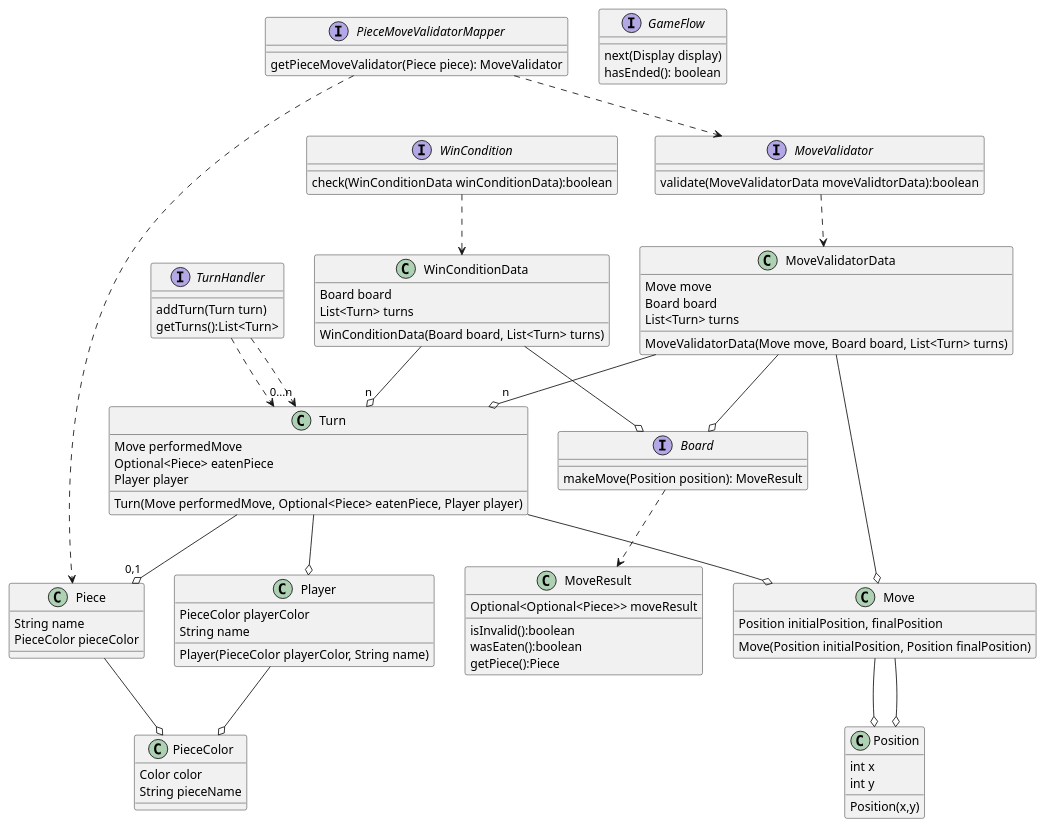
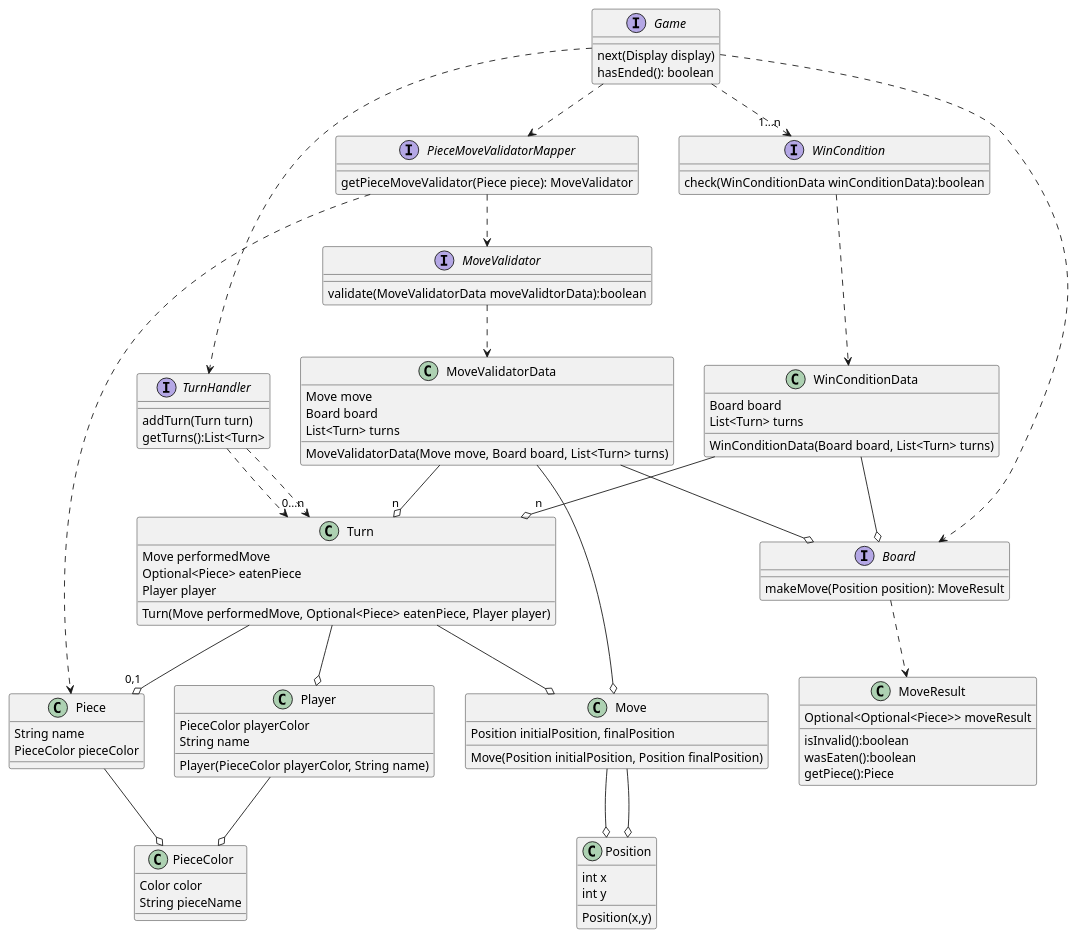
The diagram in chess.puml (jalopbauer/chess), drawn with PlantUML before and after one commit.

Commit message:
Kept Working

```diff
--- a/chess.puml
+++ b/chess.puml
@@ -1,106 +1,111 @@
 @startuml Chess
 
 class Position
 Position : int x
 Position : int y
 ' Methods
 Position : Position(x,y)
 
 class Move
 Move : Position initialPosition, finalPosition
 ' Methods
 Move : Move(Position initialPosition, Position finalPosition)
 ' Relationships
 Move --o Position
 Move --o Position
 
 class MoveValidatorData
 MoveValidatorData : Move move
 MoveValidatorData : Board board
 MoveValidatorData : List<Turn> turns
 ' Methods
 MoveValidatorData : MoveValidatorData(Move move, Board board, List<Turn> turns)
 ' Relationships
 MoveValidatorData --o Move
 MoveValidatorData --o Board
 MoveValidatorData --o "n" Turn
 
 class WinConditionData
 WinConditionData : Board board
 WinConditionData : List<Turn> turns
 ' Methods
 WinConditionData : WinConditionData(Board board, List<Turn> turns)
 ' Relationships
 WinConditionData --o Board
 WinConditionData --o "n" Turn
 
 class Turn
 Turn : Move performedMove
 Turn : Optional<Piece> eatenPiece
 Turn : Player player
 ' Methods
 Turn : Turn(Move performedMove, Optional<Piece> eatenPiece, Player player)
 ' Relationships
 Turn --o Move
 Turn --o "0,1" Piece
 Turn --o Player
 
 class Player
 Player : PieceColor playerColor
 Player : String name
 ' Methods
 Player : Player(PieceColor playerColor, String name)
 ' Relationships
 Player --o PieceColor
 
 class PieceColor
 PieceColor : Color color
 PieceColor : String pieceName
 
 class Piece
 Piece : String name
 Piece : PieceColor pieceColor
 ' Relationships
 Piece --o PieceColor
 
 ' No me gusta, cambiar
 class MoveResult
 MoveResult : Optional<Optional<Piece>> moveResult
 MoveResult : isInvalid():boolean
 MoveResult : wasEaten():boolean
 MoveResult : getPiece():Piece
 
 interface MoveValidator
 MoveValidator : validate(MoveValidatorData moveValidtorData):boolean
 ' Relationships
 MoveValidator ..> MoveValidatorData
 
 interface Board
 Board : makeMove(Position position): MoveResult
 ' Relationships
 Board ..> MoveResult
 
 interface WinCondition
 WinCondition : check(WinConditionData winConditionData):boolean
 ' Relationships
 WinCondition ..> WinConditionData
 
 interface PieceMoveValidatorMapper
 PieceMoveValidatorMapper : getPieceMoveValidator(Piece piece): MoveValidator
 ' Relationships
 PieceMoveValidatorMapper ..> Piece
 PieceMoveValidatorMapper ..> MoveValidator
 
 interface TurnHandler
 TurnHandler : addTurn(Turn turn)
 TurnHandler : getTurns():List<Turn>
 ' Relationships
 TurnHandler ..> Turn
 TurnHandler ..> "0...n" Turn
 
-interface GameFlow
-GameFlow : next(Display display)
-GameFlow : hasEnded(): boolean
+interface Game
+Game : next(Display display)
+Game : hasEnded(): boolean
+' Relationships
+Game ..> TurnHandler
+Game ..> PieceMoveValidatorMapper
+Game ..> Board
+Game ..> "1...n" WinCondition
 ' Las win conditions siempre van a usar WinConditionData y nunca va a cambiar. Pasar un puntero pero que no lo pueda editar maybe mejor?
 ' MoveValidatorData los mismo ue arriba peeero el move si cambia entonces eso si pasar por el metodo?
 @enduml
```
